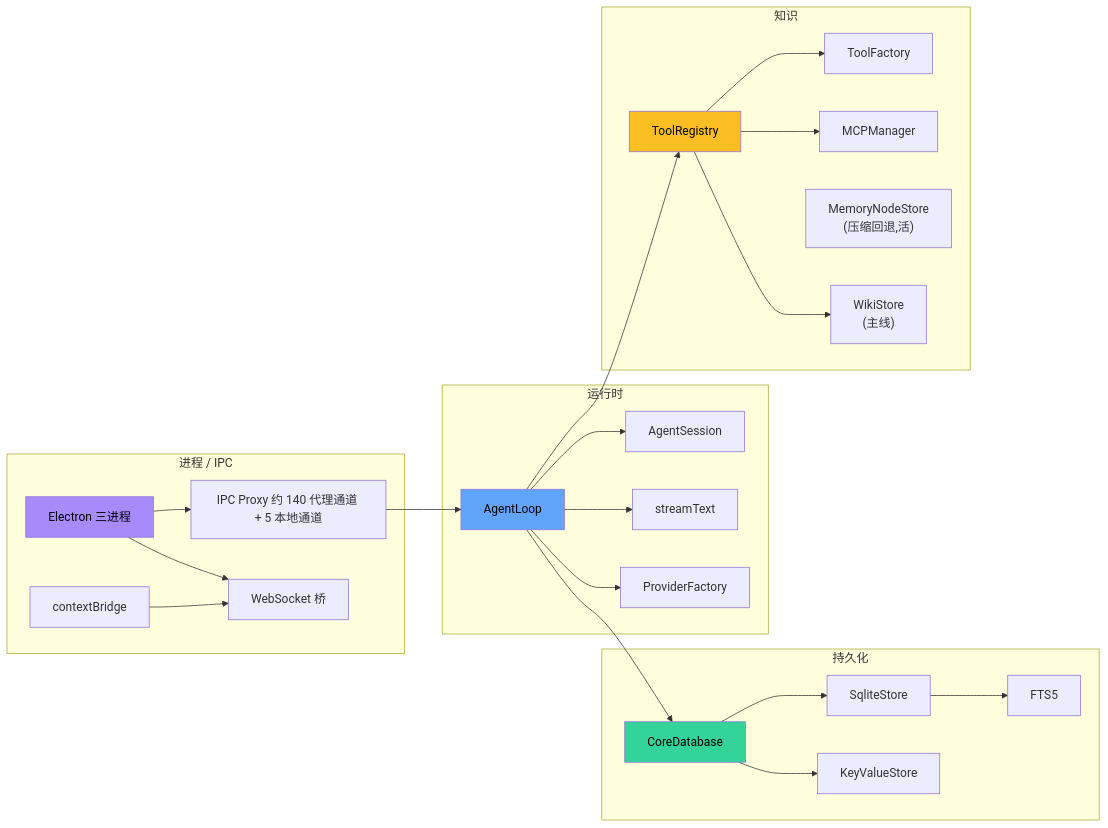
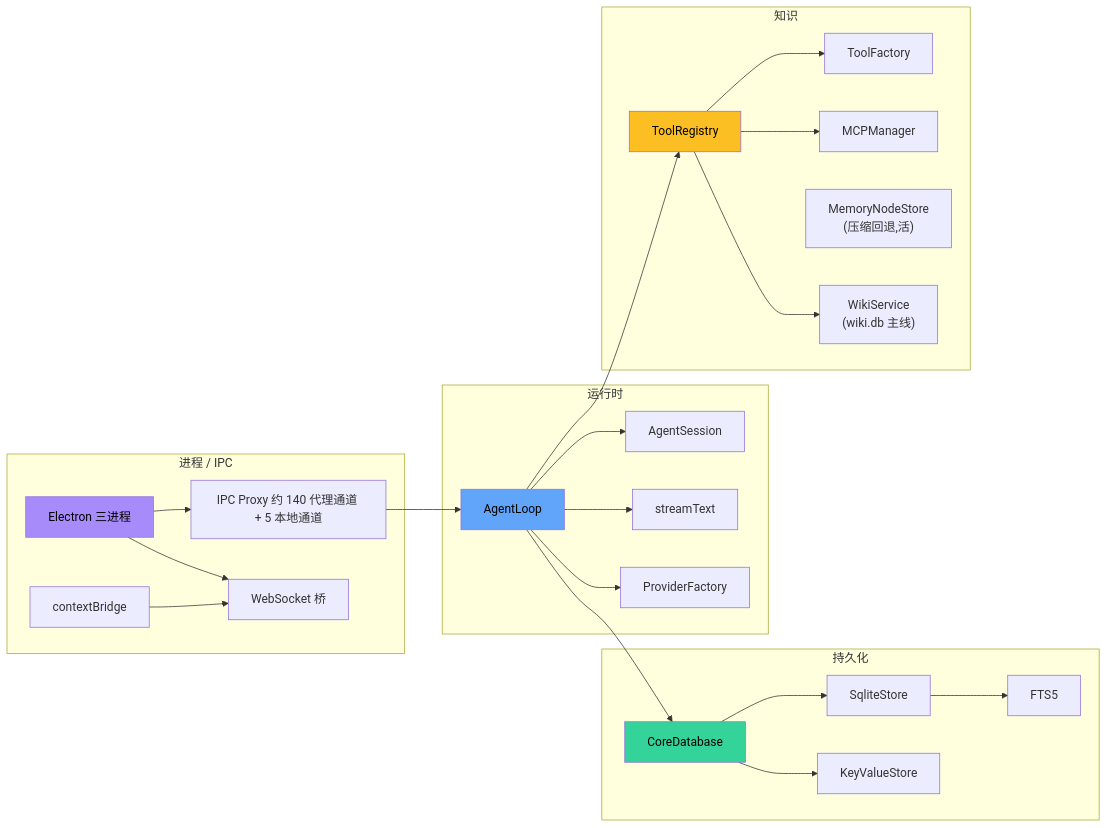
The first of 2 diagrams in docs/arch/12-glossary.md (LanicBlue/zero-core), drawn with Mermaid before and after one commit. The commit also changed 64 other files, not shown here.

First line of the commit message:
docs(wiki-system-redesign): P1-7 arch docs 只描述 v2 + 加固 link checker + regen code-graph(acceptance review)

````diff
--- a/docs/arch/12-glossary.md
+++ b/docs/arch/12-glossary.md
@@ -33,52 +33,52 @@
 ```mermaid
 graph LR
     subgraph "进程 / IPC"
         P1[Electron 三进程]
         P2[IPC Proxy 约 140 代理通道 + 5 本地通道]
         P3[WebSocket 桥]
         P4[contextBridge]
     end
     P1 --> P2
     P1 --> P3
     P4 --> P3
 
     subgraph "运行时"
         R1[AgentLoop]
         R2[AgentSession]
         R3[streamText]
         R4[ProviderFactory]
         R1 --> R2
         R1 --> R3
         R1 --> R4
     end
 
     subgraph "持久化"
         S1[CoreDatabase]
         S2[SqliteStore]
         S3[KeyValueStore]
         S4[FTS5]
         S1 --> S2
         S1 --> S3
         S2 --> S4
     end
 
     subgraph "知识"
         K1[ToolRegistry]
         K2[ToolFactory]
         K3[MCPManager]
         K4["MemoryNodeStore<br/>(压缩回退,活)"]
-        K6["WikiStore<br/>(主线)"]
+        K6["WikiService<br/>(wiki.db 主线)"]
         K1 --> K2
         K1 --> K3
         K1 --> K6
     end
 
     P2 --> R1
     R1 --> S1
     R1 --> K1
 
     style P1 fill:#a78bfa,color:#000
     style R1 fill:#60a5fa,color:#000
     style S1 fill:#34d399,color:#000
     style K1 fill:#fbbf24,color:#000
 ```
````
